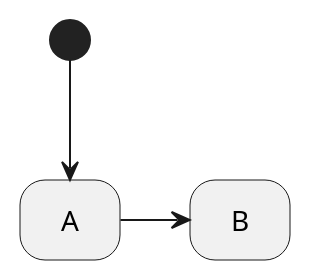
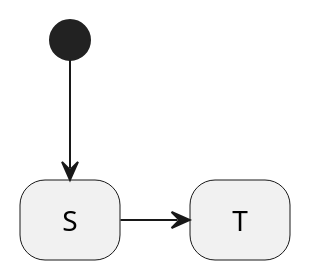
One commit to fgoujeon/maki changed the first of 2 diagrams in doc/concepts/transition/completion-transition.md. Above: the diagram before and after it, drawn with PlantUML. The commit also changed other lines of this file and 4 other files, not shown here.

```diff
--- a/doc/concepts/transition/completion-transition.md
+++ b/doc/concepts/transition/completion-transition.md
@@ -13,5 +13,5 @@
 @startuml{completion_transition_from_simple_state.png}
-[*] --> A
-A -> B
+[*] --> S
+S -> T
 hide empty description
 @enduml
```
